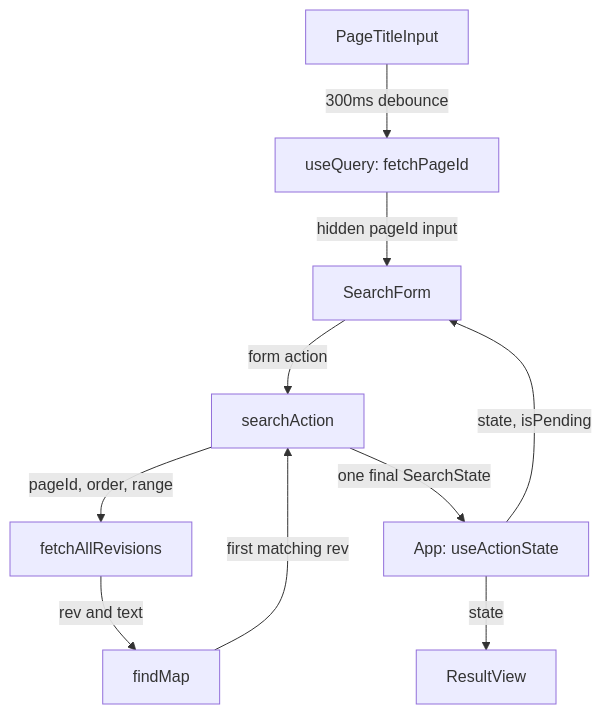
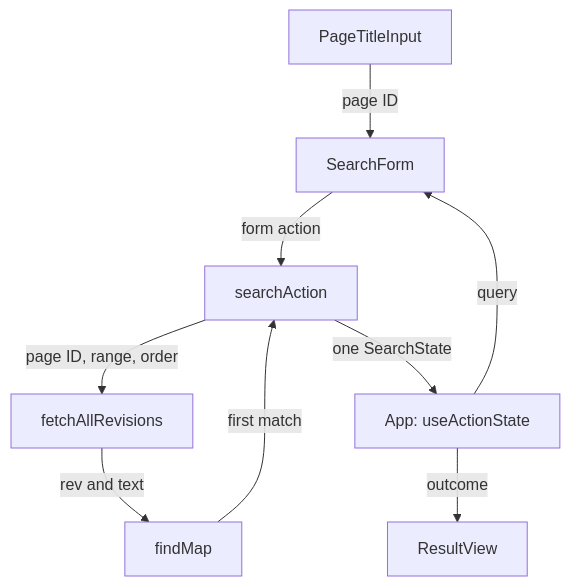
The diagram in docs/architecture-overview.md (Wintus/Wikipedia-Blame), drawn with Mermaid before and after one commit. The commit also changed other lines of this file and 4 other files, not shown here.

First line of the commit message:
docs(architecture): move implementation detail out of the overview

````diff
--- a/docs/architecture-overview.md
+++ b/docs/architecture-overview.md
@@ -8,12 +10,11 @@
 ```mermaid
 graph TD
-	A[PageTitleInput] -->|300ms debounce| B[useQuery: fetchPageId]
-	B -->|hidden pageId input| C[SearchForm]
-	C -->|form action| D[searchAction]
-	D -->|pageId, order, range| E[fetchAllRevisions]
-	E -->|rev and text| F[findMap]
-	F -->|first matching rev| D
-	D -->|one final SearchState| G[App: useActionState]
-	G -->|state, isPending| C
-	G -->|state| H[ResultView]
+	A[PageTitleInput] -->|page ID| B[SearchForm]
+	B -->|form action| C[searchAction]
+	C -->|page ID, range, order| D[fetchAllRevisions]
+	D -->|rev and text| E[findMap]
+	E -->|first match| C
+	C -->|one SearchState| F[App: useActionState]
+	F -->|query| B
+	F -->|outcome| G[ResultView]
 ```
````
